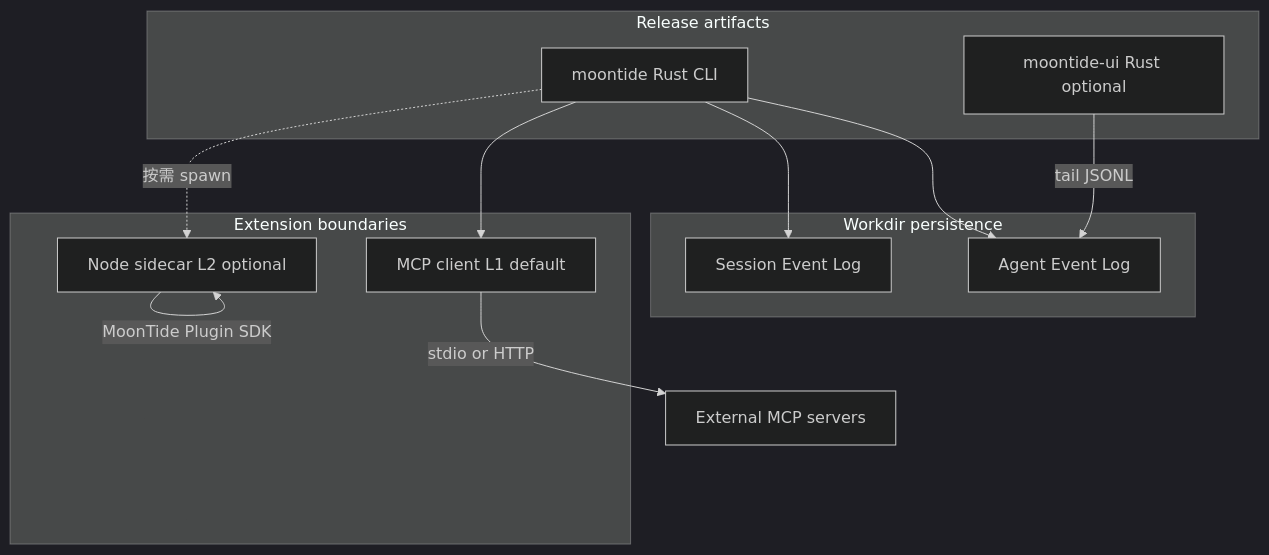
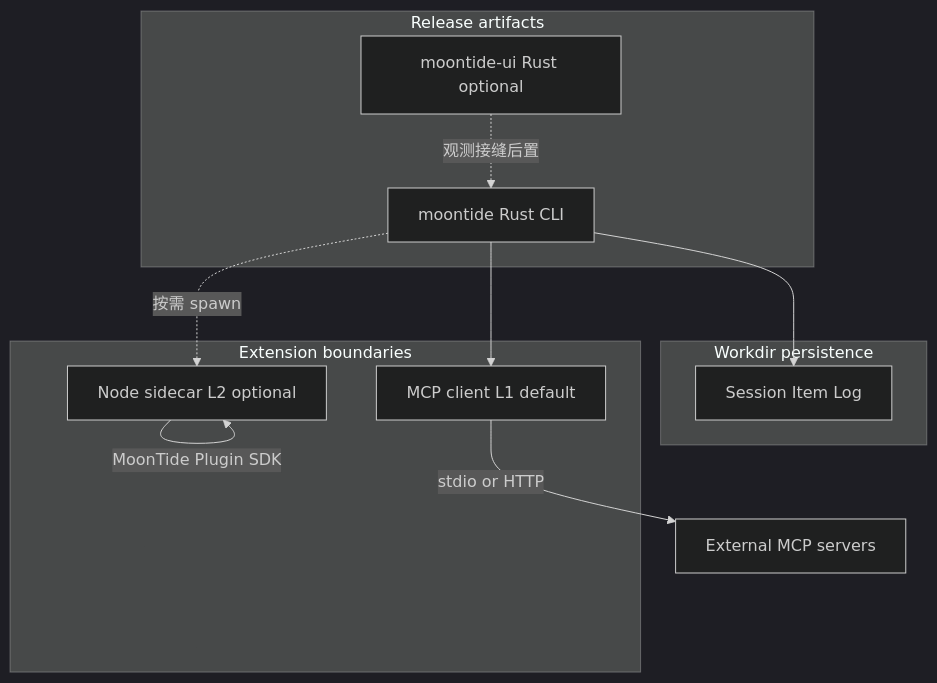
Before and after one commit to chendpoc/moontide: the diagram in docs/product/platform-strategy.md, drawn with Mermaid (dark theme). The commit also changed other lines of this file and 49 other files, not shown here.

Commit message:
fix(agent-core/event): remove run and defer observability

````diff
--- a/docs/product/platform-strategy.md
+++ b/docs/product/platform-strategy.md
@@ -48,25 +48,23 @@
 ```mermaid
 flowchart TB
   subgraph release [Release artifacts]
     MoonTideCLI["moontide Rust CLI"]
     MoonTideUI["moontide-ui Rust optional"]
   end
 
   subgraph storage [Workdir persistence]
-    SEL["Session Event Log"]
-    AEL["Agent Event Log"]
+    SIL["Session Item Log"]
   end
 
   subgraph extend [Extension boundaries]
     MCP["MCP client L1 default"]
     Sidecar["Node sidecar L2 optional"]
   end
 
-  MoonTideCLI --> SEL
-  MoonTideCLI --> AEL
+  MoonTideCLI --> SIL
   MoonTideCLI --> MCP
   MoonTideCLI -.->|"按需 spawn"| Sidecar
-  MoonTideUI -->|"tail JSONL"| AEL
+  MoonTideUI -.->|"观测接缝后置"| MoonTideCLI
   Sidecar -->|"MoonTide Plugin SDK"| Sidecar
   MCP -->|"stdio or HTTP"| ExtServers["External MCP servers"]
 ```
````
